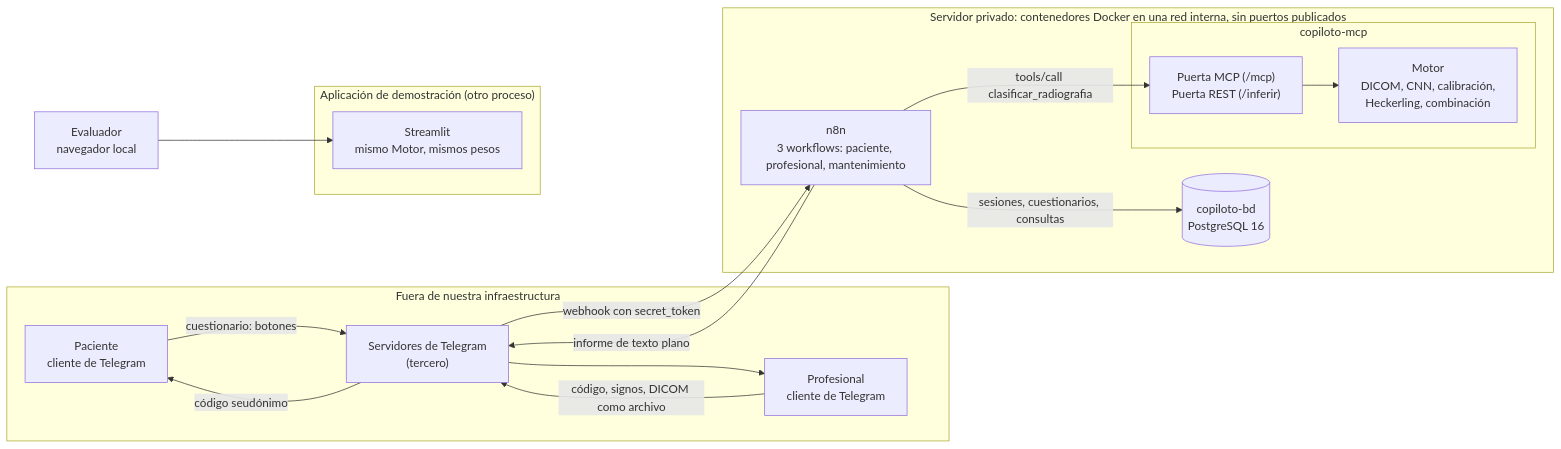
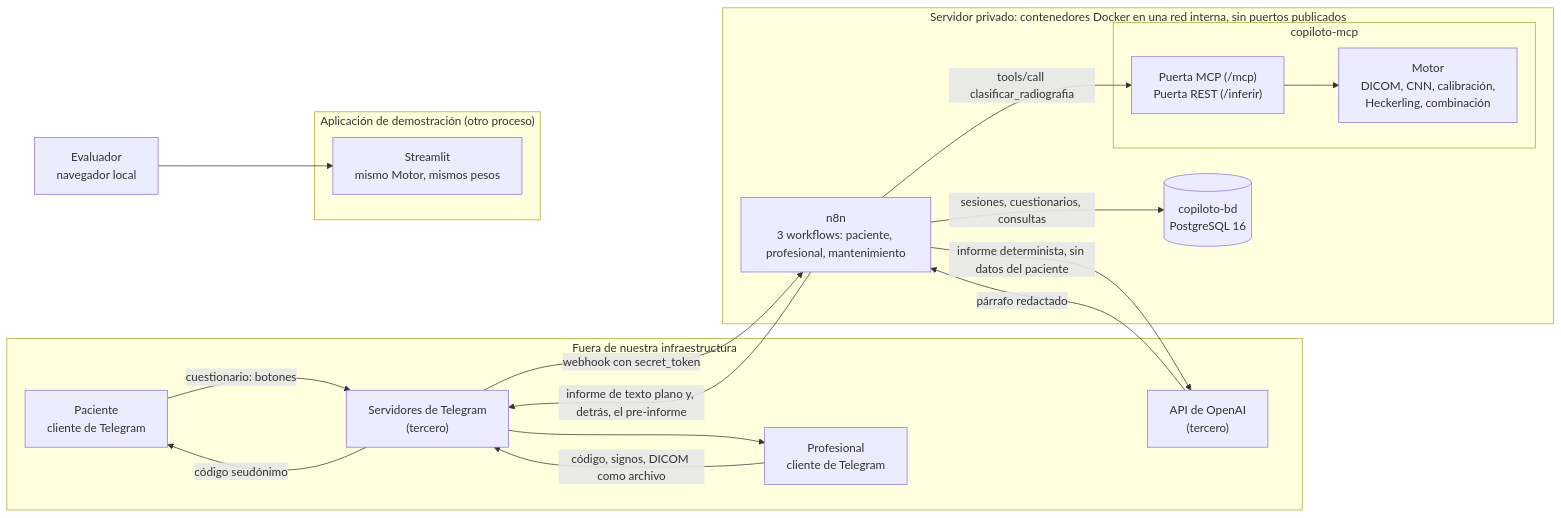
Before and after one commit to ivcaro/copiloto-triaje-neumonia: the first of 3 diagrams in docs/arquitectura.md, drawn with Mermaid. The commit also changed other lines of this file and 8 other files, not shown here.

````diff
--- a/docs/arquitectura.md
+++ b/docs/arquitectura.md
@@ -73,32 +74,35 @@
 ```mermaid
 flowchart LR
     subgraph EXT["Fuera de nuestra infraestructura"]
         PAC["Paciente<br/>cliente de Telegram"]
         PRO["Profesional<br/>cliente de Telegram"]
         TG["Servidores de Telegram<br/>(tercero)"]
+        OAI["API de OpenAI<br/>(tercero)"]
     end
 
     subgraph VPS["Servidor privado: contenedores Docker en una red interna, sin puertos publicados"]
         N8N["n8n<br/>3 workflows: paciente, profesional, mantenimiento"]
         subgraph COP["copiloto-mcp"]
             PUERTAS["Puerta MCP (/mcp)<br/>Puerta REST (/inferir)"]
             MOTOR["Motor<br/>DICOM, CNN, calibración,<br/>Heckerling, combinación"]
             PUERTAS --> MOTOR
         end
         BD[("copiloto-bd<br/>PostgreSQL 16")]
     end
 
     subgraph APP["Aplicación de demostración (otro proceso)"]
         ST["Streamlit<br/>mismo Motor, mismos pesos"]
     end
 
     PAC -- "cuestionario: botones" --> TG
     PRO -- "código, signos, DICOM como archivo" --> TG
     TG -- "webhook con secret_token" --> N8N
     N8N -- "sesiones, cuestionarios, consultas" --> BD
     N8N -- "tools/call clasificar_radiografia" --> PUERTAS
-    N8N -- "informe de texto plano" --> TG
+    N8N -- "informe de texto plano y, detrás, el pre-informe" --> TG
+    N8N -- "informe determinista, sin datos del paciente" --> OAI
+    OAI -- "párrafo redactado" --> N8N
     TG --> PRO
     TG -- "código seudónimo" --> PAC
     USR["Evaluador<br/>navegador local"] --> ST
 ```
````
